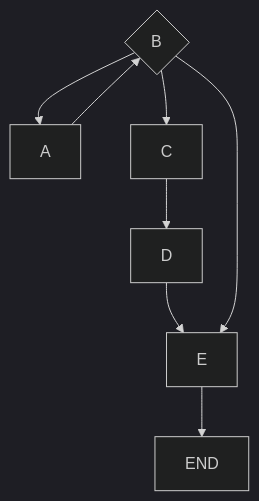
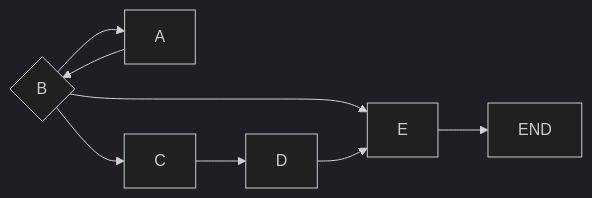
The first of 3 diagrams in README.md (tpu-game-2023/mermaid_test), drawn with Mermaid (dark theme) before and after one commit.

````diff
--- a/README.md
+++ b/README.md
@@ -20,10 +20,11 @@
 ```mermaid
-flowchart TD;
+flowchart LR;
   id([START]) --> A;
   A --> id{B};
+  id{B} --> E;
   id{B} --> C;
   C --> D;
   D --> E; 
-  id{B} --> E;
+ 
   E --> END;
 ```
````
